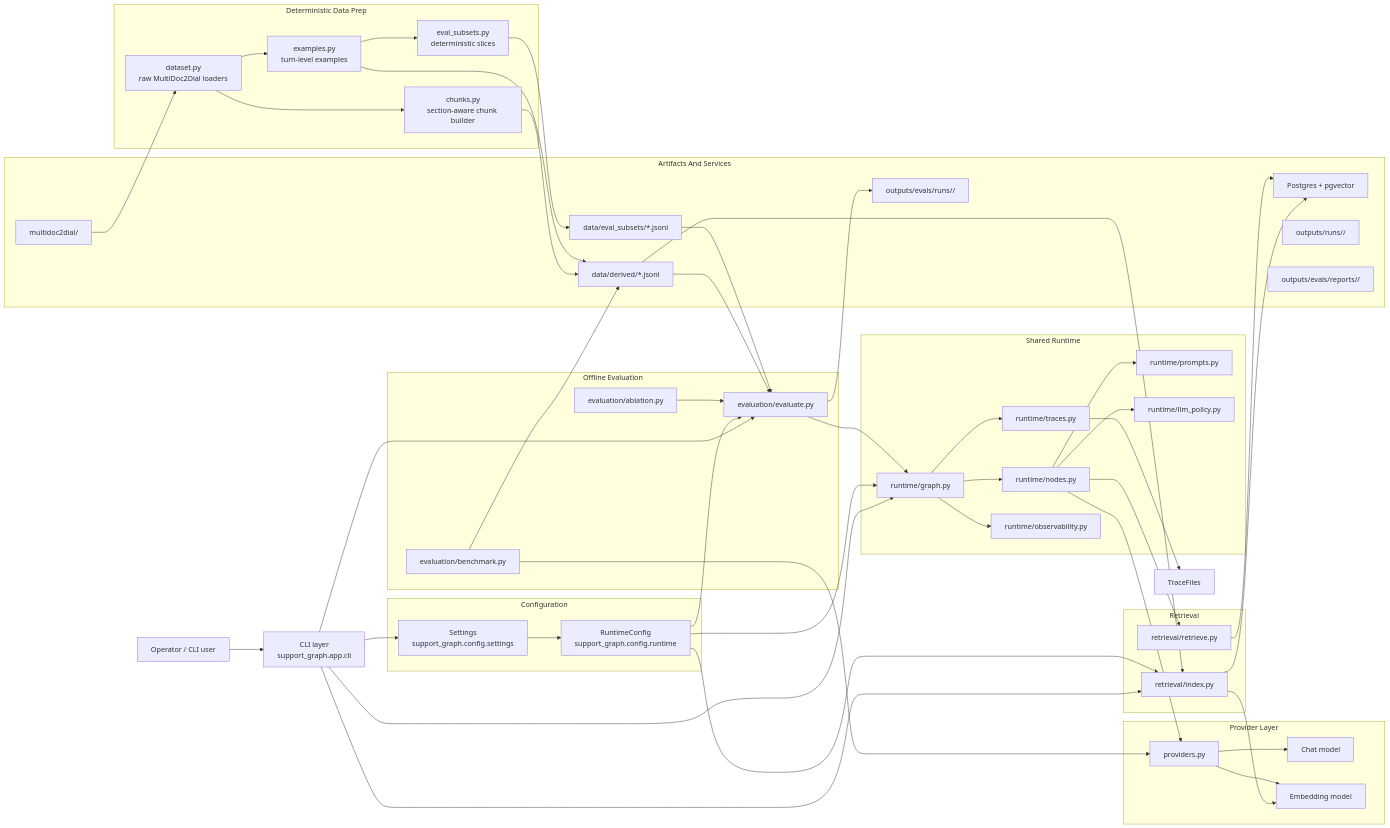
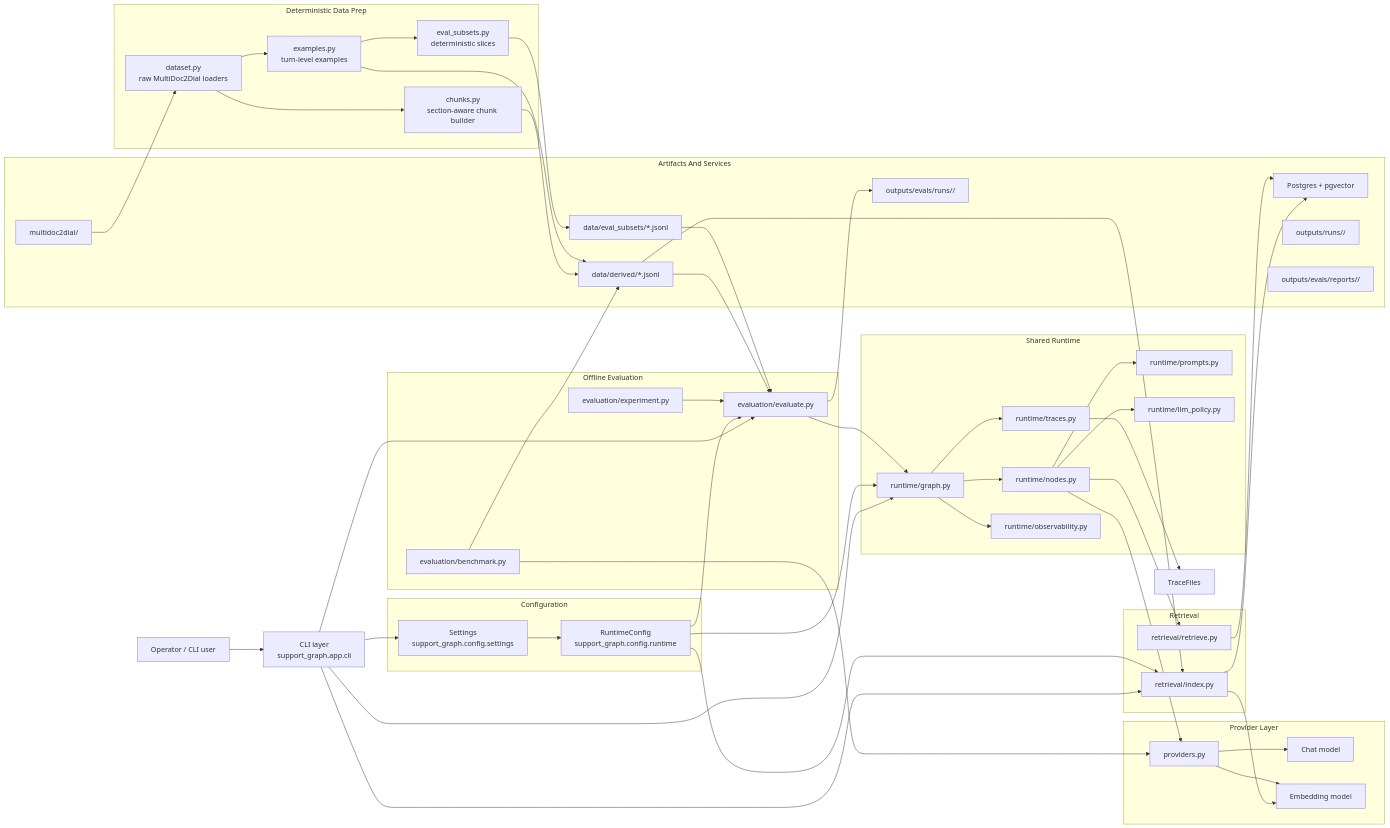
Before and after one commit to YgLK/grounded-support-rag: the fifth of 9 diagrams in README.md, drawn with Mermaid. The commit also changed other lines of this file and 1 other file, not shown here.

Commit message:
docs: update README to reflect experiment terminology and archive historical planning docs

````diff
--- a/README.md
+++ b/README.md
@@ -217,7 +219,7 @@
 
     subgraph Eval["Offline Evaluation"]
         Evaluate["evaluation/evaluate.py"]
-        Ablation["evaluation/ablation.py"]
+        Experiment["evaluation/experiment.py"]
         Benchmark["evaluation/benchmark.py"]
     end
 
@@ -255,7 +257,7 @@
     EvalSubsets --> Evaluate
     Evaluate --> Graph
     Evaluate --> EvalFiles
-    Ablation --> Evaluate
+    Experiment --> Evaluate
     Benchmark --> Derived
     Benchmark --> ProviderHelpers
 ```
````
